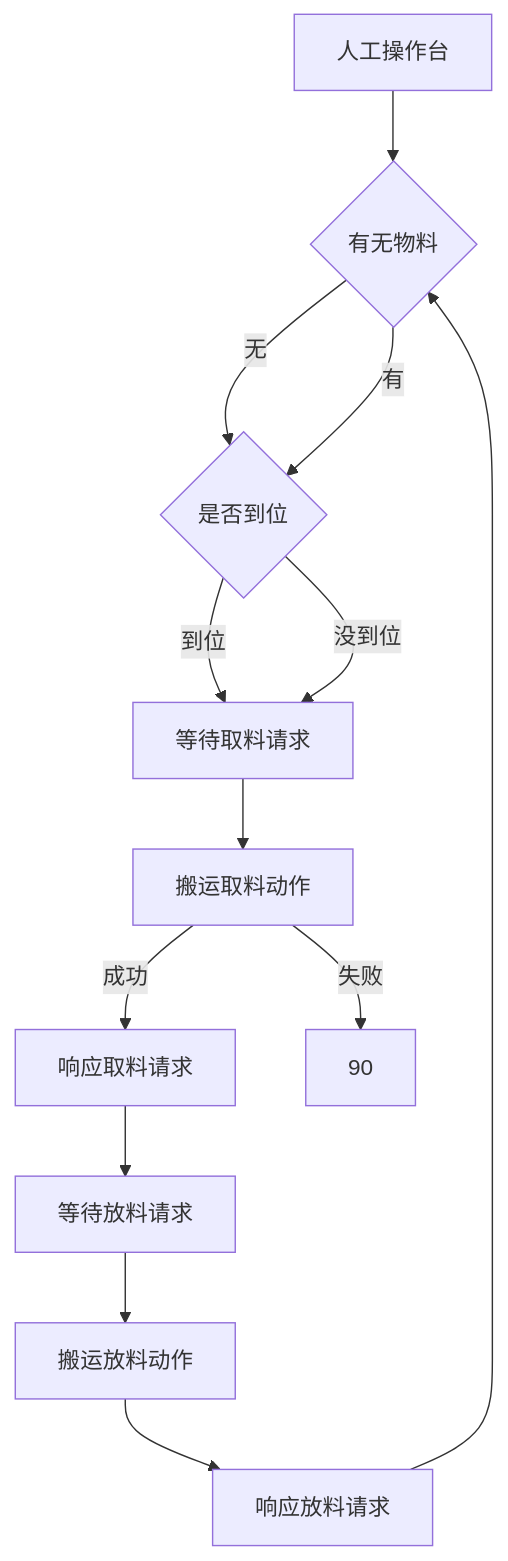
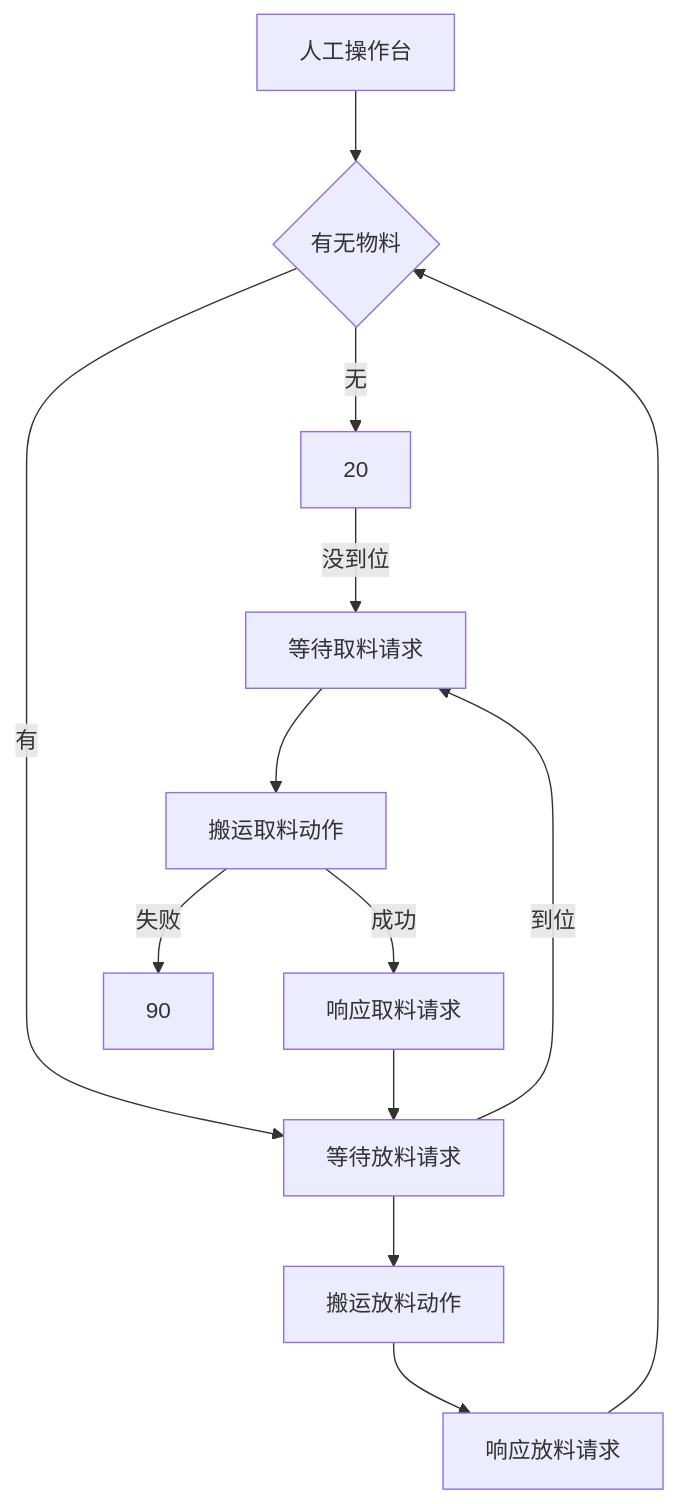
One commit to PengKun1/iodraw-files changed the diagram in all/未命名-4.md. Above: the diagram before and after it, drawn with Mermaid.

Commit message:
2024-12-20 14:44:40 update

````diff
--- a/all/未命名-4.md
+++ b/all/未命名-4.md
@@ -1,15 +1,15 @@
 ```mermaid
 graph TD
 0[人工操作台]-->10
 10{有无物料}-->|无|20
-10-->|有|20
-20{是否到位}-->|到位|30
+10-->|有|60
+60{是否到位}-->|到位|30
 20-->|没到位|30
 30[等待取料请求]-->40
 40[搬运取料动作]-->|成功|50
 40-->|失败|90
 50[响应取料请求]-->60
 60[等待放料请求]-->70
 70[搬运放料动作]-->80
 80[响应放料请求]-->10
 ```
````
